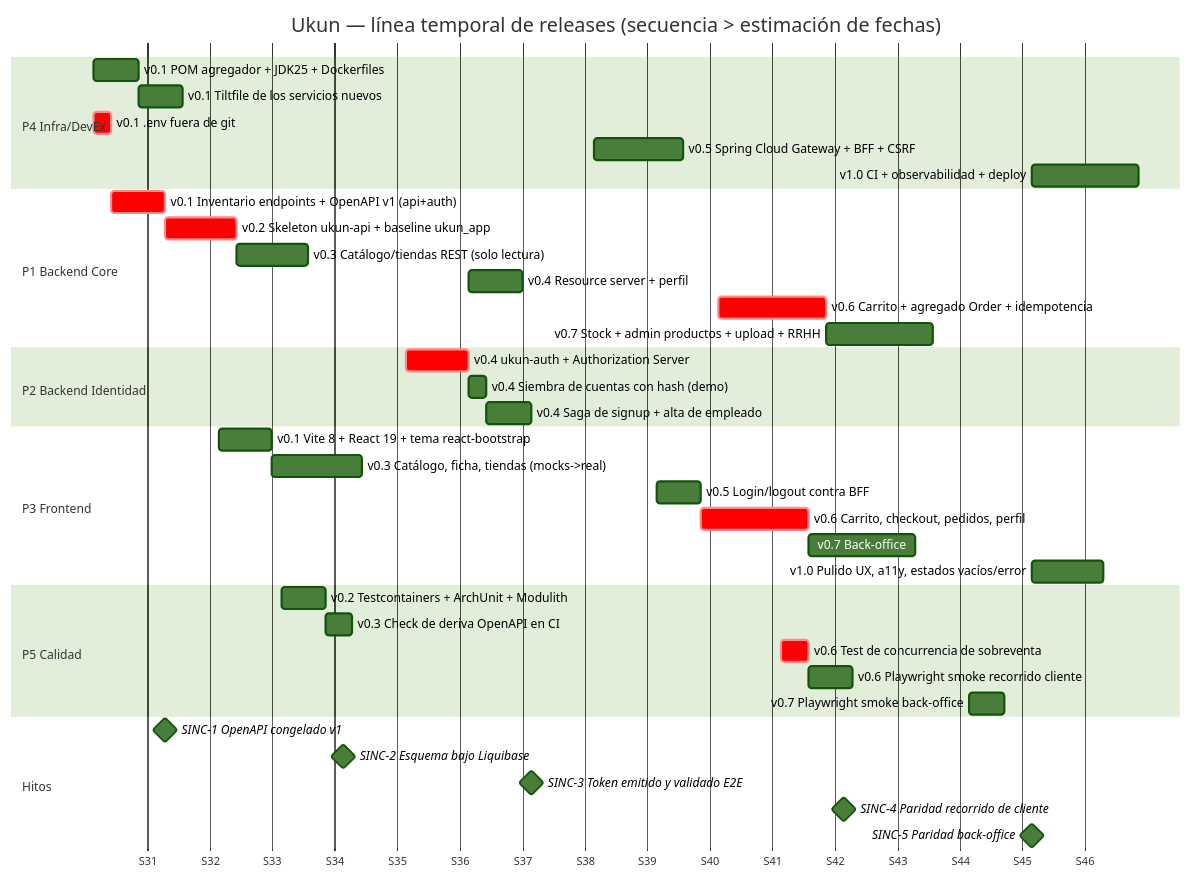
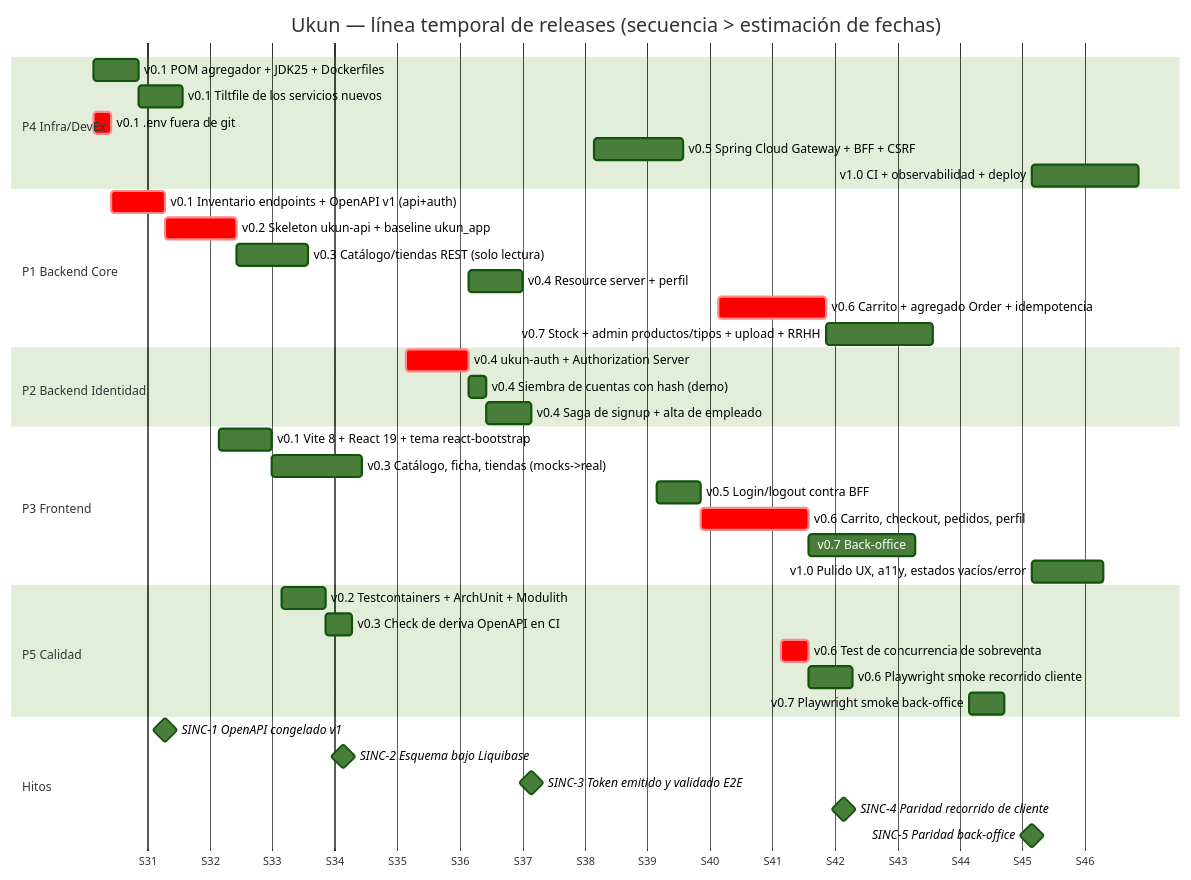
One commit to sandoretti/ukun changed the second of 2 diagrams in docs/04-roadmap.md. Above: the diagram before and after it, drawn with Mermaid (forest theme). The commit also changed other lines of this file and 7 other files, not shown here.

````diff
--- a/docs/04-roadmap.md
+++ b/docs/04-roadmap.md
@@ -92,48 +92,48 @@
 ```mermaid
 gantt
     title Ukun — línea temporal de releases (secuencia > estimación de fechas)
     dateFormat  YYYY-MM-DD
     axisFormat  S%W
 
     section P4 Infra/DevEx
     v0.1 POM agregador + JDK25 + Dockerfiles     :i1, 2026-08-03, 5d
     v0.1 Tiltfile de los servicios nuevos        :i2, after i1, 5d
     v0.1 .env fuera de git                       :crit, i3, 2026-08-03, 2d
     v0.5 Spring Cloud Gateway + BFF + CSRF       :i4, 2026-09-28, 10d
     v1.0 CI + observabilidad + deploy            :i6, 2026-11-16, 12d
 
     section P1 Backend Core
     v0.1 Inventario endpoints + OpenAPI v1 (api+auth) :crit, b0, 2026-08-05, 6d
     v0.2 Skeleton ukun-api + baseline ukun_app    :crit, b1, after b0, 8d
     v0.3 Catálogo/tiendas REST (solo lectura)     :b3, after b1, 8d
     v0.4 Resource server + perfil                 :b4, 2026-09-14, 6d
     v0.6 Carrito + agregado Order + idempotencia  :crit, b5, 2026-10-12, 12d
-    v0.7 Stock + admin productos + upload + RRHH  :b6, after b5, 12d
+    v0.7 Stock + admin productos/tipos + upload + RRHH :b6, after b5, 12d
 
     section P2 Backend Identidad
     v0.4 ukun-auth + Authorization Server         :crit, a1, 2026-09-07, 7d
     v0.4 Siembra de cuentas con hash (demo)       :a2, after a1, 2d
     v0.4 Saga de signup + alta de empleado        :a3, after a2, 5d
 
     section P3 Frontend
     v0.1 Vite 8 + React 19 + tema react-bootstrap :f0, 2026-08-17, 6d
     v0.3 Catálogo, ficha, tiendas (mocks->real)   :f1, after f0, 10d
     v0.5 Login/logout contra BFF                  :f2, 2026-10-05, 5d
     v0.6 Carrito, checkout, pedidos, perfil       :crit, f3, after f2, 12d
     v0.7 Back-office: stock + admin               :f4, after f3, 12d
     v1.0 Pulido UX, a11y, estados vacíos/error    :f5, 2026-11-16, 8d
 
     section P5 Calidad
     v0.2 Testcontainers + ArchUnit + Modulith     :q1, 2026-08-24, 5d
     v0.3 Check de deriva OpenAPI en CI            :q2, after q1, 3d
     v0.6 Test de concurrencia de sobreventa       :crit, q3, 2026-10-19, 3d
     v0.6 Playwright smoke recorrido cliente       :q4, after q3, 5d
     v0.7 Playwright smoke back-office             :q5, 2026-11-09, 4d
 
     section Hitos
     SINC-1 OpenAPI congelado v1                   :milestone, m1, 2026-08-11, 0d
     SINC-2 Esquema bajo Liquibase                 :milestone, m2, 2026-08-31, 0d
     SINC-3 Token emitido y validado E2E           :milestone, m3, 2026-09-21, 0d
     SINC-4 Paridad recorrido de cliente           :milestone, m4, 2026-10-26, 0d
     SINC-5 Paridad back-office                    :milestone, m5, 2026-11-16, 0d
 ```
````
